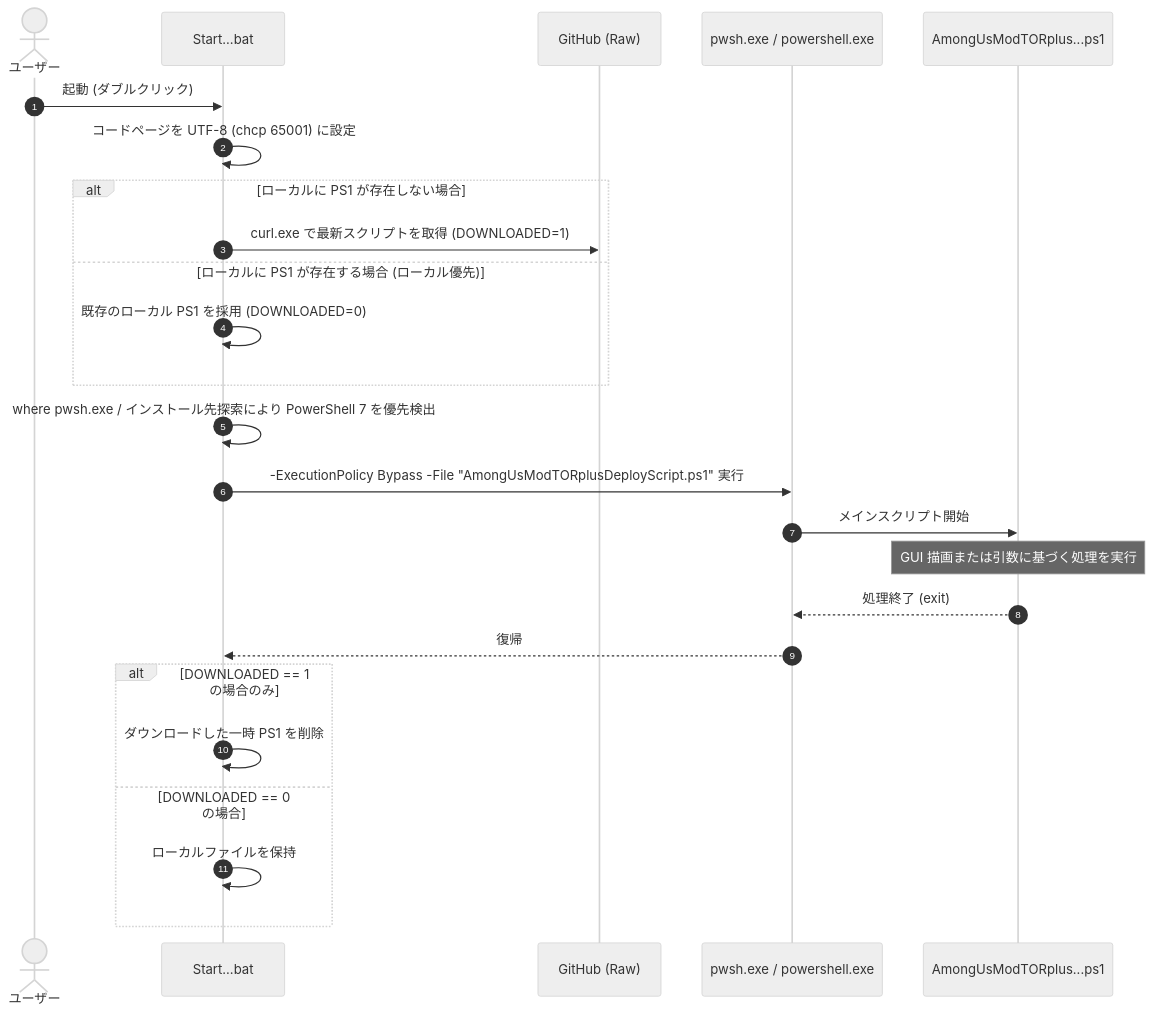
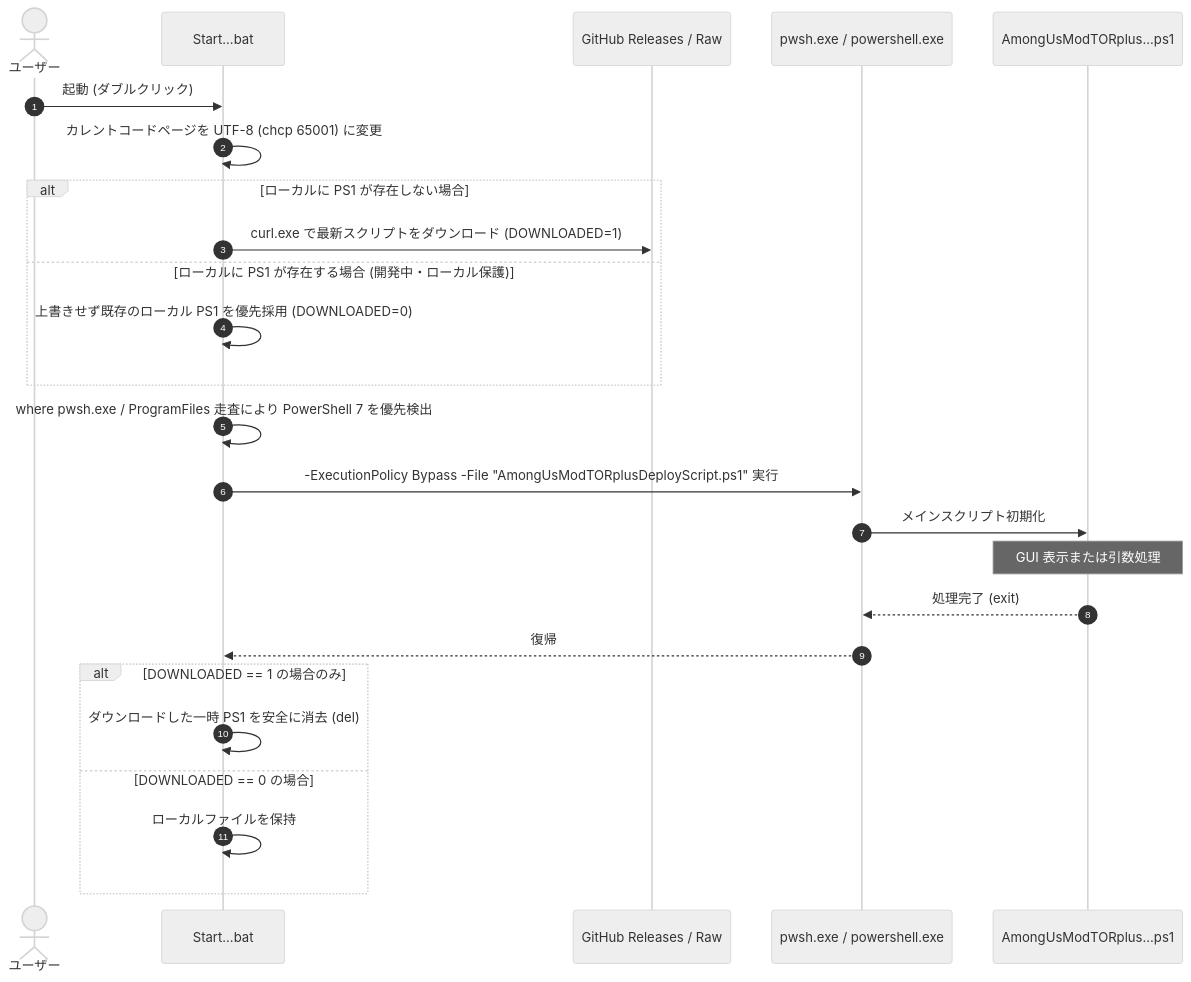
The first of 3 diagrams in manual/manual.md (Maximilian2022/AmongUs-Mod-Auto-Deploy-Script), drawn with Mermaid (neutral theme) before and after one commit. The commit also changed other lines of this file, not shown here.

````diff
--- a/manual/manual.md
+++ b/manual/manual.md
@@ -91,28 +91,28 @@
 ```mermaid
 sequenceDiagram
     autonumber
     actor User as ユーザー
     participant BAT as Start...bat
-    participant GH as GitHub (Raw)
+    participant GH as GitHub Releases / Raw
     participant PWSH as pwsh.exe / powershell.exe
     participant PS1 as AmongUsModTORplus...ps1
 
     User->>BAT: 起動 (ダブルクリック)
-    BAT->>BAT: コードページを UTF-8 (chcp 65001) に設定
+    BAT->>BAT: カレントコードページを UTF-8 (chcp 65001) に変更
     alt ローカルに PS1 が存在しない場合
-        BAT->>GH: curl.exe で最新スクリプトを取得 (DOWNLOADED=1)
-    else ローカルに PS1 が存在する場合 (ローカル優先)
-        BAT->>BAT: 既存のローカル PS1 を採用 (DOWNLOADED=0)
+        BAT->>GH: curl.exe で最新スクリプトをダウンロード (DOWNLOADED=1)
+    else ローカルに PS1 が存在する場合 (開発中・ローカル保護)
+        BAT->>BAT: 上書きせず既存のローカル PS1 を優先採用 (DOWNLOADED=0)
     end
-    BAT->>BAT: where pwsh.exe / インストール先探索により PowerShell 7 を優先検出
+    BAT->>BAT: where pwsh.exe / ProgramFiles 走査により PowerShell 7 を優先検出
     BAT->>PWSH: -ExecutionPolicy Bypass -File "AmongUsModTORplusDeployScript.ps1" 実行
-    PWSH->>PS1: メインスクリプト開始
-    Note over PS1: GUI 描画または引数に基づく処理を実行
-    PS1-->>PWSH: 処理終了 (exit)
+    PWSH->>PS1: メインスクリプト初期化
+    Note over PS1: GUI 表示または引数処理
+    PS1-->>PWSH: 処理完了 (exit)
     PWSH-->>BAT: 復帰
     alt DOWNLOADED == 1 の場合のみ
-        BAT->>BAT: ダウンロードした一時 PS1 を削除
+        BAT->>BAT: ダウンロードした一時 PS1 を安全に消去 (del)
     else DOWNLOADED == 0 の場合
         BAT->>BAT: ローカルファイルを保持
     end
 ```
````
